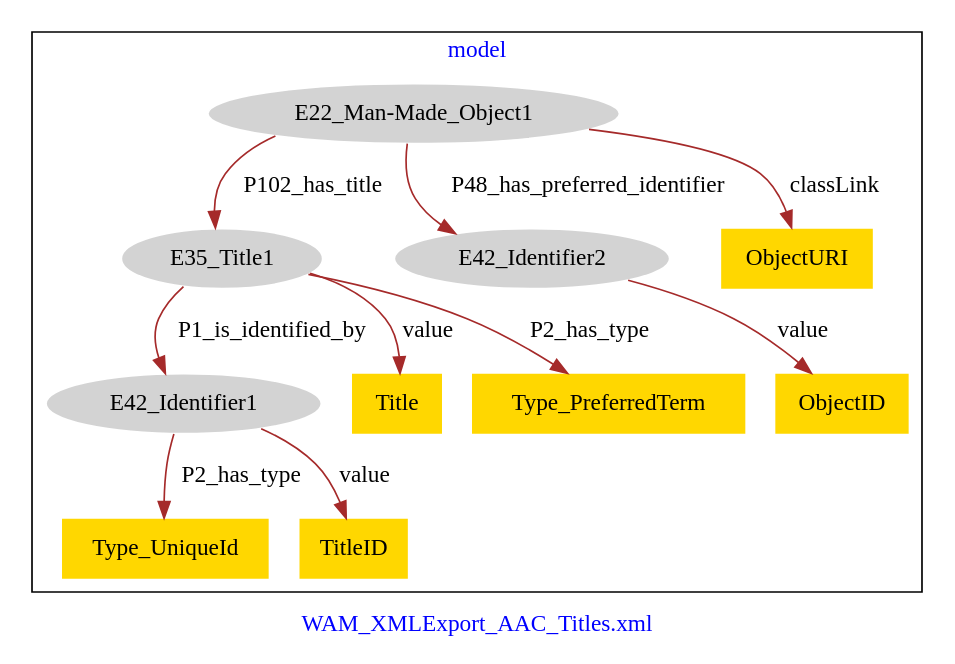
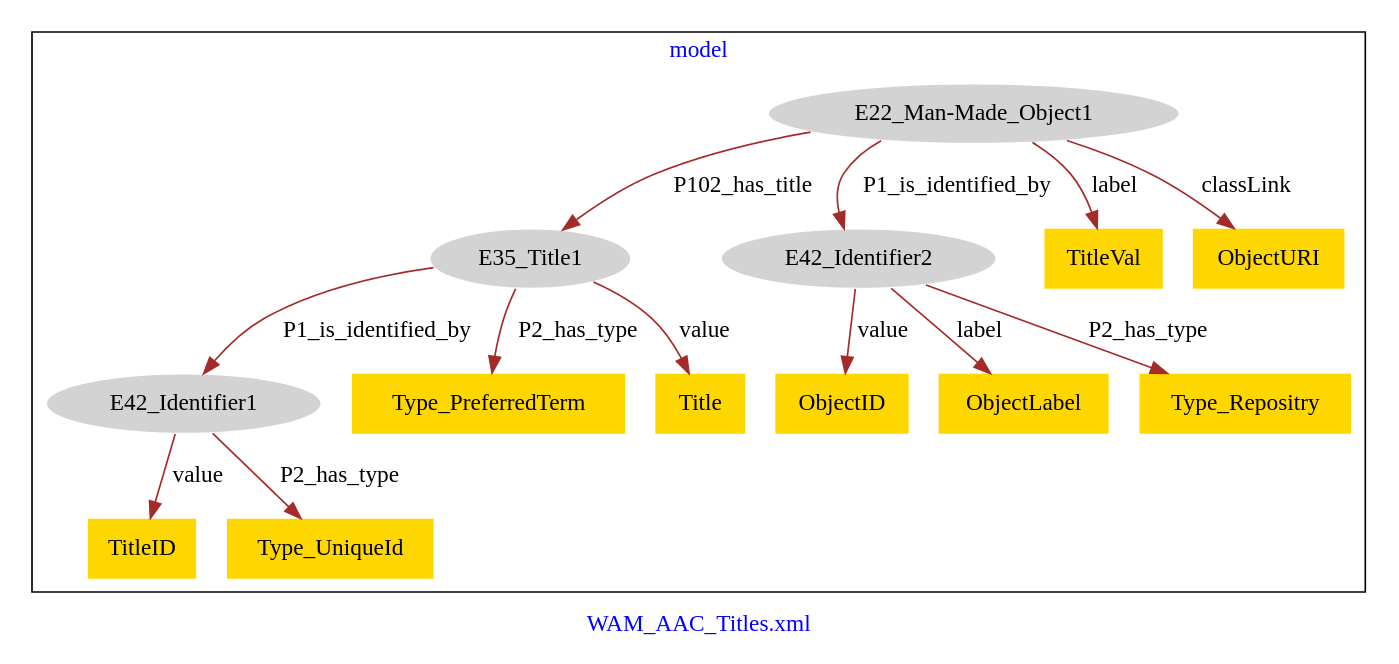
One commit to american-art/wam changed the diagram in WAM_AAC_Titles/WAM_AAC_Titles-model.dot. Above: the diagram before and after it, drawn with Graphviz. The commit also changed 38 other files, not shown here.

```diff
--- a/WAM_AAC_Titles/WAM_AAC_Titles-model.dot
+++ b/WAM_AAC_Titles/WAM_AAC_Titles-model.dot
@@ -1,27 +1,33 @@
 digraph n0 {
 fontcolor="blue"
 remincross="true"
-label="WAM_XMLExport_AAC_Titles.xml"
+label="WAM_AAC_Titles.xml"
 subgraph cluster {
 label="model"
 n2[style="filled",color="white",fillcolor="lightgray",label="E22_Man-Made_Object1"];
 n3[style="filled",color="white",fillcolor="lightgray",label="E35_Title1"];
 n4[style="filled",color="white",fillcolor="lightgray",label="E42_Identifier2"];
 n5[style="filled",color="white",fillcolor="lightgray",label="E42_Identifier1"];
-n6[shape="plaintext",style="filled",fillcolor="gold",label="ObjectID"];
-n7[shape="plaintext",style="filled",fillcolor="gold",label="Title"];
-n8[shape="plaintext",style="filled",fillcolor="gold",label="ObjectURI"];
-n9[shape="plaintext",style="filled",fillcolor="gold",label="Type_PreferredTerm"];
-n10[shape="plaintext",style="filled",fillcolor="gold",label="Type_UniqueId"];
+n6[shape="plaintext",style="filled",fillcolor="gold",label="Type_PreferredTerm"];
+n7[shape="plaintext",style="filled",fillcolor="gold",label="ObjectID"];
+n8[shape="plaintext",style="filled",fillcolor="gold",label="Title"];
+n9[shape="plaintext",style="filled",fillcolor="gold",label="ObjectLabel"];
+n10[shape="plaintext",style="filled",fillcolor="gold",label="TitleVal"];
 n11[shape="plaintext",style="filled",fillcolor="gold",label="TitleID"];
+n12[shape="plaintext",style="filled",fillcolor="gold",label="Type_UniqueId"];
+n13[shape="plaintext",style="filled",fillcolor="gold",label="Type_Repositry"];
+n14[shape="plaintext",style="filled",fillcolor="gold",label="ObjectURI"];
 }
 n2 -> n3[color="brown",fontcolor="black",label="P102_has_title"]
-n2 -> n4[color="brown",fontcolor="black",label="P48_has_preferred_identifier"]
+n2 -> n4[color="brown",fontcolor="black",label="P1_is_identified_by"]
 n3 -> n5[color="brown",fontcolor="black",label="P1_is_identified_by"]
-n4 -> n6[color="brown",fontcolor="black",label="value"]
-n3 -> n7[color="brown",fontcolor="black",label="value"]
-n2 -> n8[color="brown",fontcolor="black",label="classLink"]
-n3 -> n9[color="brown",fontcolor="black",label="P2_has_type"]
-n5 -> n10[color="brown",fontcolor="black",label="P2_has_type"]
+n3 -> n6[color="brown",fontcolor="black",label="P2_has_type"]
+n4 -> n7[color="brown",fontcolor="black",label="value"]
+n3 -> n8[color="brown",fontcolor="black",label="value"]
+n4 -> n9[color="brown",fontcolor="black",label="label"]
+n2 -> n10[color="brown",fontcolor="black",label="label"]
 n5 -> n11[color="brown",fontcolor="black",label="value"]
+n5 -> n12[color="brown",fontcolor="black",label="P2_has_type"]
+n4 -> n13[color="brown",fontcolor="black",label="P2_has_type"]
+n2 -> n14[color="brown",fontcolor="black",label="classLink"]
 }
```
